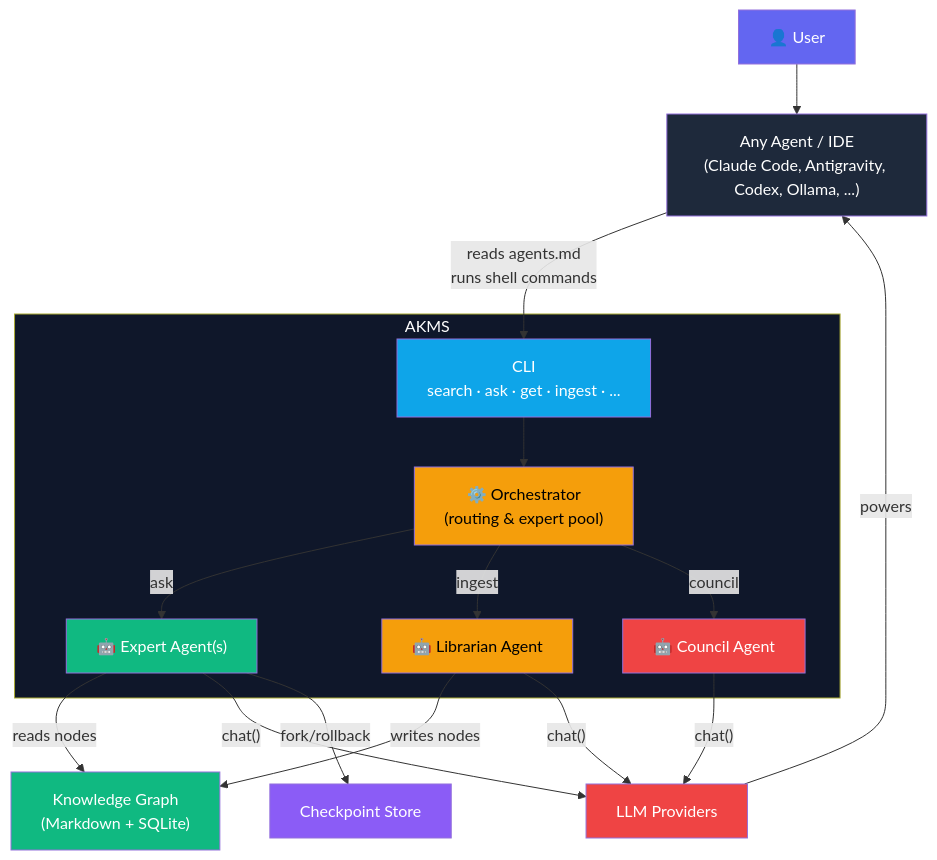
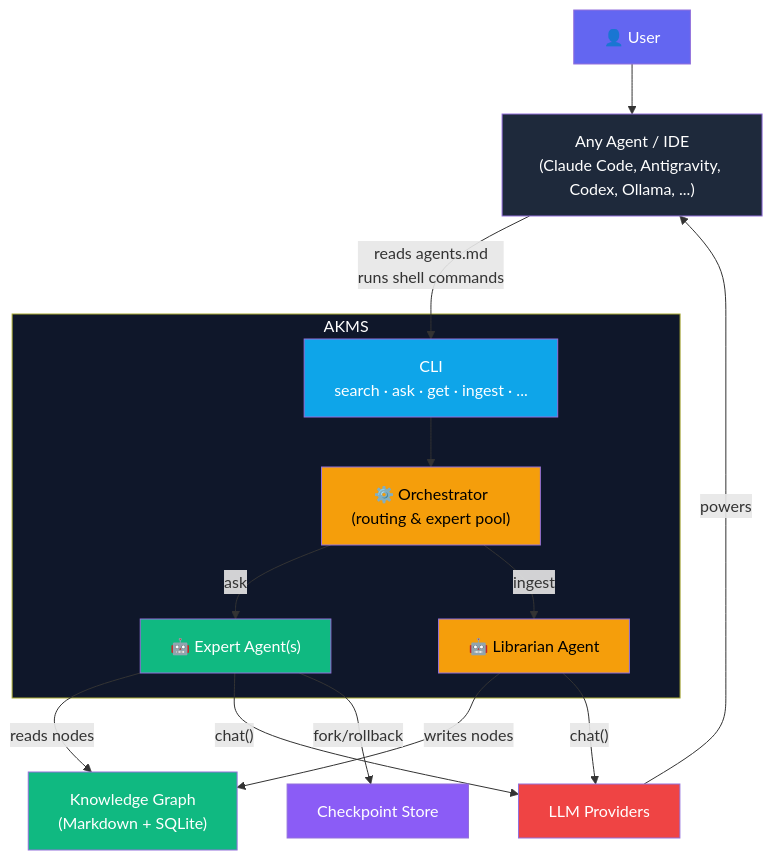
One commit to TheRealOP/Agent-Knowledge-Management-System changed the first of 17 diagrams in how-this-works.md. Above: the diagram before and after it, drawn with Mermaid. The commit also changed other lines of this file and 5 other files, not shown here.

````diff
--- a/how-this-works.md
+++ b/how-this-works.md
@@ -9,43 +9,39 @@
 ```mermaid
 graph TB
     User["👤 User"]
     AnyAgent["Any Agent / IDE\n(Claude Code, Antigravity, Codex, Ollama, ...)"]
 
     subgraph AKMS["AKMS"]
         CLI["CLI\nsearch · ask · get · ingest · ..."]
         Orchestrator["⚙️ Orchestrator\n(routing & expert pool)"]
         Expert["🤖 Expert Agent(s)"]
         Librarian["🤖 Librarian Agent"]
-        Council["🤖 Council Agent"]
         CLI --> Orchestrator
     end
 
     KG["Knowledge Graph\n(Markdown + SQLite)"]
     CP["Checkpoint Store"]
     Providers["LLM Providers"]
 
     User --> AnyAgent
     AnyAgent -->|"reads agents.md\nruns shell commands"| CLI
     Orchestrator -->|"ask"| Expert
     Orchestrator -->|"ingest"| Librarian
-    Orchestrator -->|"council"| Council
     Expert -->|"reads nodes"| KG
     Librarian -->|"writes nodes"| KG
     Expert -->|"chat()"| Providers
     Librarian -->|"chat()"| Providers
-    Council -->|"chat()"| Providers
     Expert -->|"fork/rollback"| CP
     Providers -->|"powers"| AnyAgent
 
     style User fill:#6366f1,color:#fff
     style AnyAgent fill:#1e293b,color:#fff
     style AKMS fill:#0f172a,color:#fff
     style CLI fill:#0ea5e9,color:#fff
     style Orchestrator fill:#f59e0b,color:#000
     style KG fill:#10b981,color:#fff
     style CP fill:#8b5cf6,color:#fff
     style Providers fill:#ef4444,color:#fff
     style Expert fill:#10b981,color:#fff
     style Librarian fill:#f59e0b,color:#000
-    style Council fill:#ef4444,color:#fff
 ```
````
